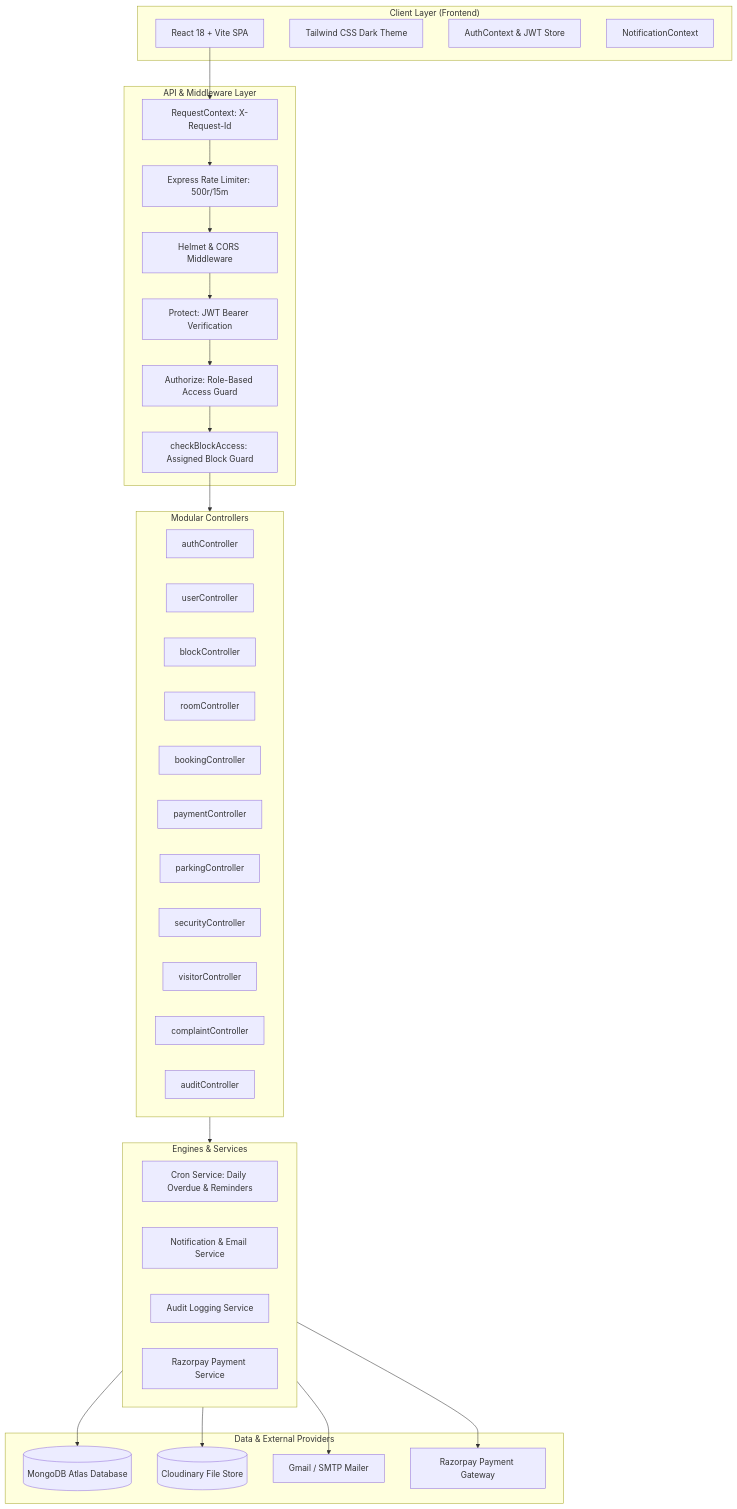
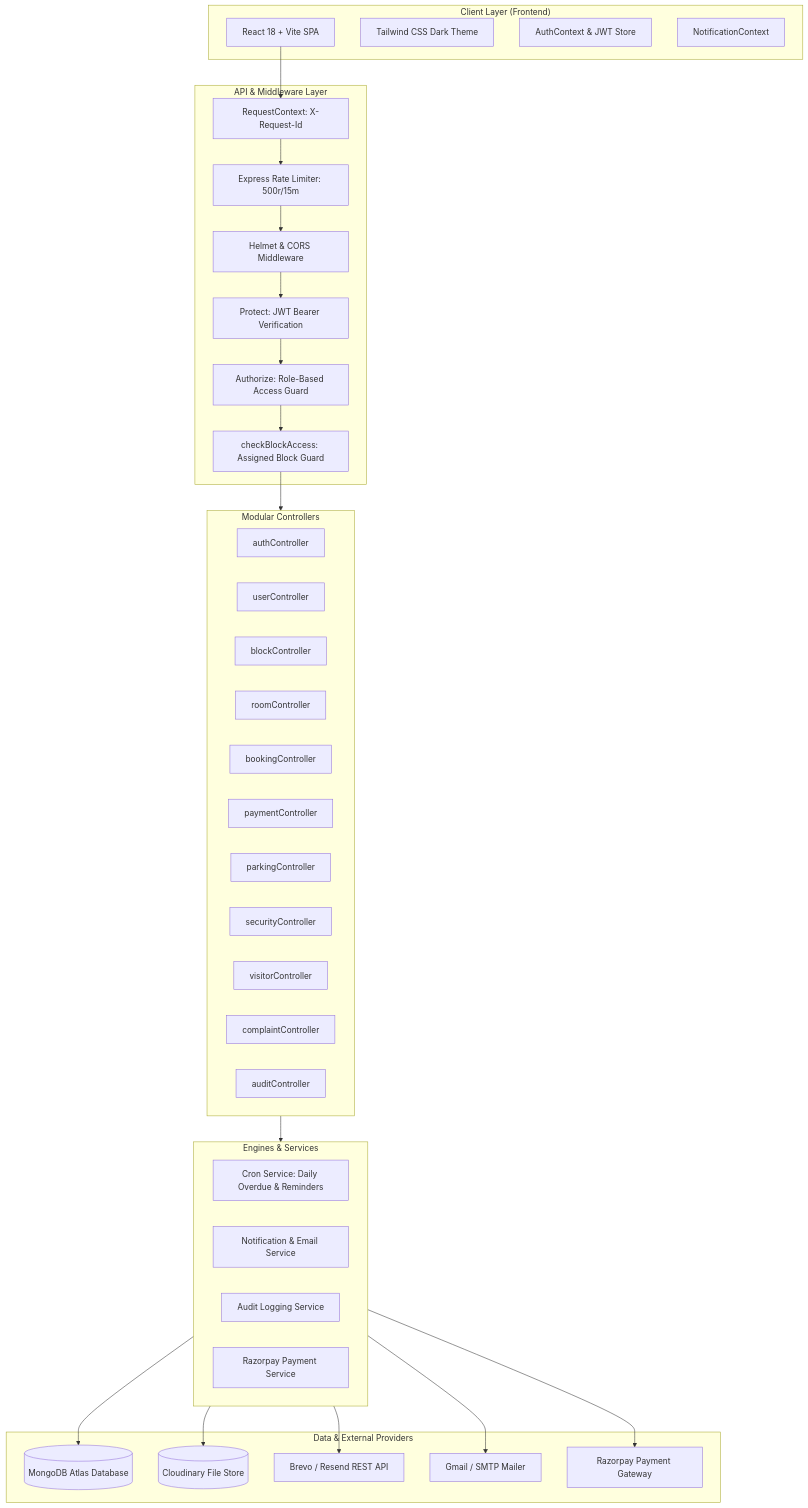
One commit to Ramagirivardhan-2005/Apartment-Management changed the fifth of 7 diagrams in README.md. Above: the diagram before and after it, drawn with Mermaid. The commit also changed other lines of this file, not shown here.

````diff
--- a/README.md
+++ b/README.md
@@ -232,59 +414,61 @@
 ```mermaid
 graph TB
     subgraph ClientLayer ["Client Layer (Frontend)"]
         UI[React 18 + Vite SPA]
         Tailwind[Tailwind CSS Dark Theme]
         AuthCtx[AuthContext & JWT Store]
         NotifCtx[NotificationContext]
     end
 
     subgraph APILayer ["API & Middleware Layer"]
         ReqCtx[RequestContext: X-Request-Id]
         RateLim[Express Rate Limiter: 500r/15m]
         SecMW[Helmet & CORS Middleware]
         JWTMiddleware[Protect: JWT Bearer Verification]
         RBACMiddleware[Authorize: Role-Based Access Guard]
         BlockGuard[checkBlockAccess: Assigned Block Guard]
     end
 
     subgraph ControllerLayer ["Modular Controllers"]
         AuthCtrl[authController]
         UserCtrl[userController]
         BlockCtrl[blockController]
         RoomCtrl[roomController]
         BookCtrl[bookingController]
         PayCtrl[paymentController]
         ParkCtrl[parkingController]
         SecCtrl[securityController]
         VisitCtrl[visitorController]
         CompCtrl[complaintController]
         AuditCtrl[auditController]
     end
 
     subgraph ServiceLayer ["Engines & Services"]
         CronSvc[Cron Service: Daily Overdue & Reminders]
         NotifSvc[Notification & Email Service]
         AuditSvc[Audit Logging Service]
         PaySvc[Razorpay Payment Service]
     end
 
     subgraph DataLayer ["Data & External Providers"]
         Mongo[(MongoDB Atlas Database)]
         Cloudinary[(Cloudinary File Store)]
+        BrevoAPI[Brevo / Resend REST API]
         SMTP[Gmail / SMTP Mailer]
         RazorpayGateway[Razorpay Payment Gateway]
     end
 
     UI --> ReqCtx
     ReqCtx --> RateLim
     RateLim --> SecMW
     SecMW --> JWTMiddleware
     JWTMiddleware --> RBACMiddleware
     RBACMiddleware --> BlockGuard
     BlockGuard --> ControllerLayer
     ControllerLayer --> ServiceLayer
     ServiceLayer --> Mongo
     ServiceLayer --> Cloudinary
+    ServiceLayer --> BrevoAPI
     ServiceLayer --> SMTP
     ServiceLayer --> RazorpayGateway
 ```
````
